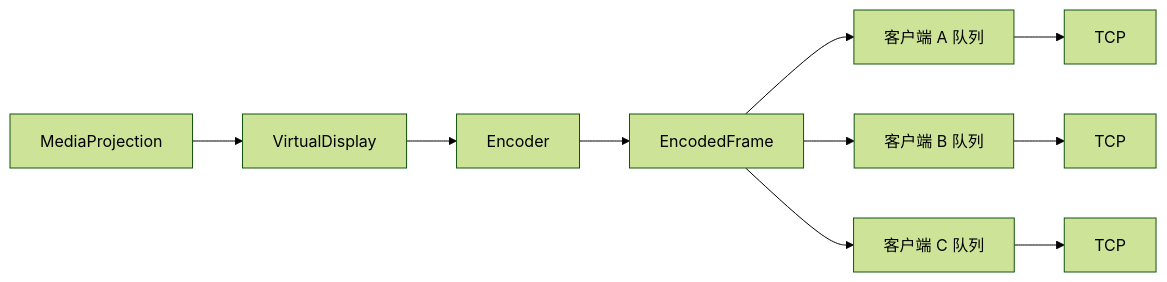
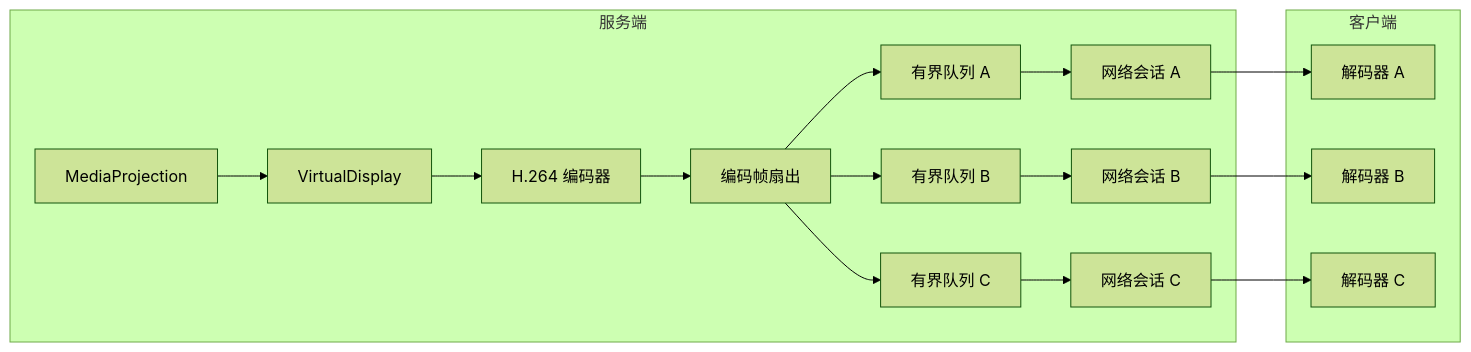
One commit to obby-xiang/LocalScreenShareAndroid changed the sixth of 7 diagrams in docs/media-architecture.md. Above: the diagram before and after it, drawn with Mermaid (forest theme). The commit also changed other lines of this file and 3 other files, not shown here.

````diff
--- a/docs/media-architecture.md
+++ b/docs/media-architecture.md
@@ -391,12 +420,19 @@
 ```mermaid
 flowchart LR
-    MP[MediaProjection] --> VD[VirtualDisplay]
-    VD --> ENC[Encoder]
-    ENC --> EF[EncodedFrame]
-    EF --> QA[客户端 A 队列]
-    EF --> QB[客户端 B 队列]
-    EF --> QC[客户端 C 队列]
-    QA --> TA[TCP]
-    QB --> TB[TCP]
-    QC --> TC[TCP]
+    subgraph S[服务端]
+        MP[MediaProjection] --> VD[VirtualDisplay]
+        VD --> ENC[H.264 编码器]
+        ENC --> FAN[编码帧扇出]
+        FAN --> QA[有界队列 A]
+        FAN --> QB[有界队列 B]
+        FAN --> QC[有界队列 C]
+        QA --> NA[网络会话 A]
+        QB --> NB[网络会话 B]
+        QC --> NC[网络会话 C]
+    end
+    subgraph C[客户端]
+        NA --> DA[解码器 A]
+        NB --> DB[解码器 B]
+        NC --> DC[解码器 C]
+    end
 ```
````
